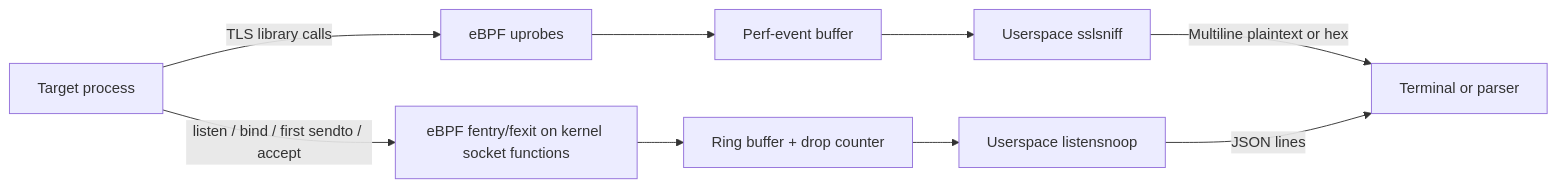
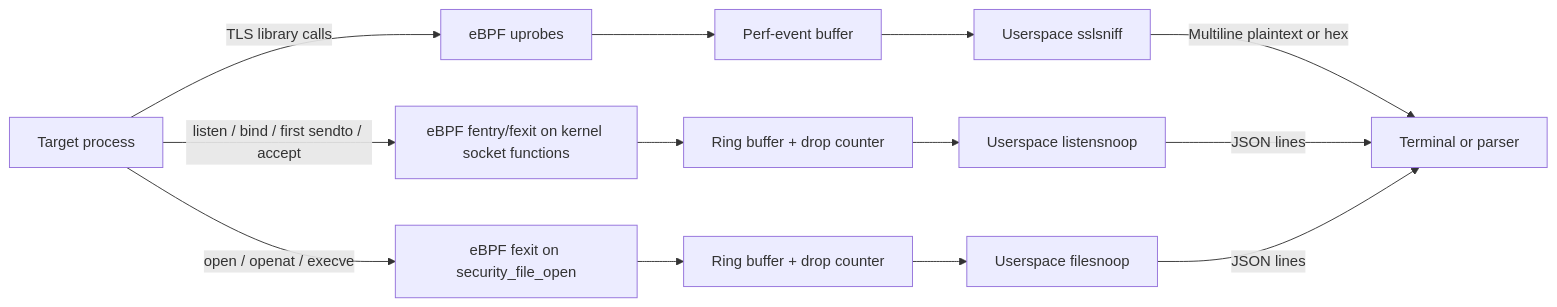
The diagram in README.md (datrail/ebpf-tls-tap), drawn with Mermaid before and after one commit. The commit also changed other lines of this file and 11 other files, not shown here.

First line of the commit message:
DR-152: Report the files a process opens to read, write or run (filesnoop) (#14)

````diff
--- a/README.md
+++ b/README.md
@@ -143,11 +219,15 @@
 ```mermaid
 flowchart LR
   process[Target process] -->|TLS library calls| bpf[eBPF uprobes]
   bpf --> events[Perf-event buffer]
   events --> sslsniff[Userspace sslsniff]
   sslsniff -->|Multiline plaintext or hex| output[Terminal or parser]
   process -->|listen / bind / first sendto / accept| kfn[eBPF fentry/fexit on kernel socket functions]
   kfn --> ring[Ring buffer + drop counter]
   ring --> listensnoop[Userspace listensnoop]
   listensnoop -->|JSON lines| output
+  process -->|open / openat / execve| ffn[eBPF fexit on security_file_open]
+  ffn --> fring[Ring buffer + drop counter]
+  fring --> filesnoop[Userspace filesnoop]
+  filesnoop -->|JSON lines| output
 ```
````
